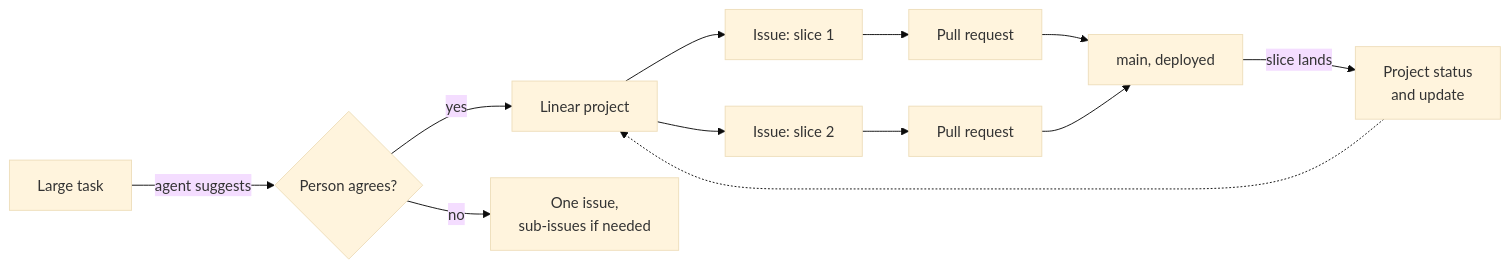
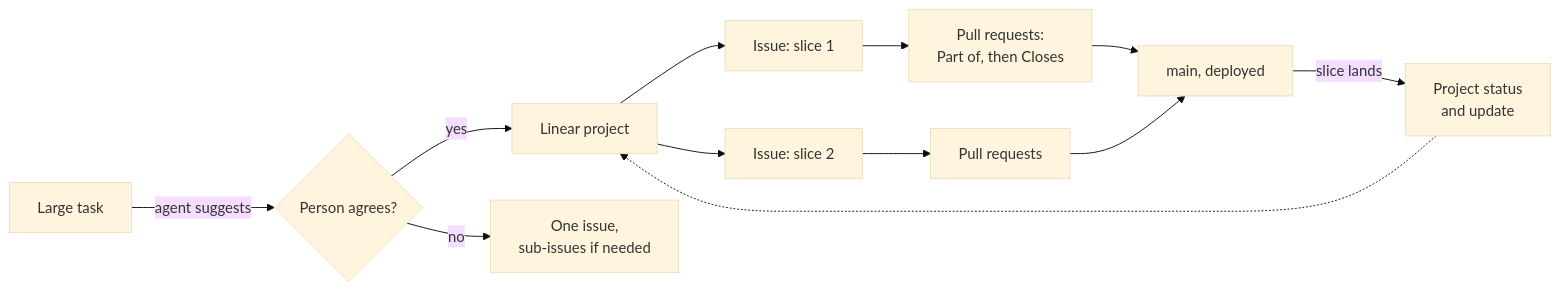
One commit to arikkfir-org/docs changed the diagram in hub/designs/linear-projects.md. Above: the diagram before and after it, drawn with Mermaid (base theme). The commit also changed other lines of this file and 1 other file, not shown here.

First line of the commit message:
docs(contributing): let a slice's issue take several pull requests

````diff
--- a/hub/designs/linear-projects.md
+++ b/hub/designs/linear-projects.md
@@ -12,10 +12,10 @@
 ```mermaid
 flowchart LR
   T[Large task] -->|agent suggests| A{Person agrees?}
   A -->|yes| P[Linear project]
   A -->|no| I[One issue,<br/>sub-issues if needed]
-  P --> S1[Issue: slice 1] --> PR1[Pull request] --> M[main, deployed]
-  P --> S2[Issue: slice 2] --> PR2[Pull request] --> M
+  P --> S1[Issue: slice 1] --> PR1[Pull requests:<br/>Part of, then Closes] --> M[main, deployed]
+  P --> S2[Issue: slice 2] --> PR2[Pull requests] --> M
   M -->|slice lands| U[Project status<br/>and update]
   U -.-> P
 ```
````
